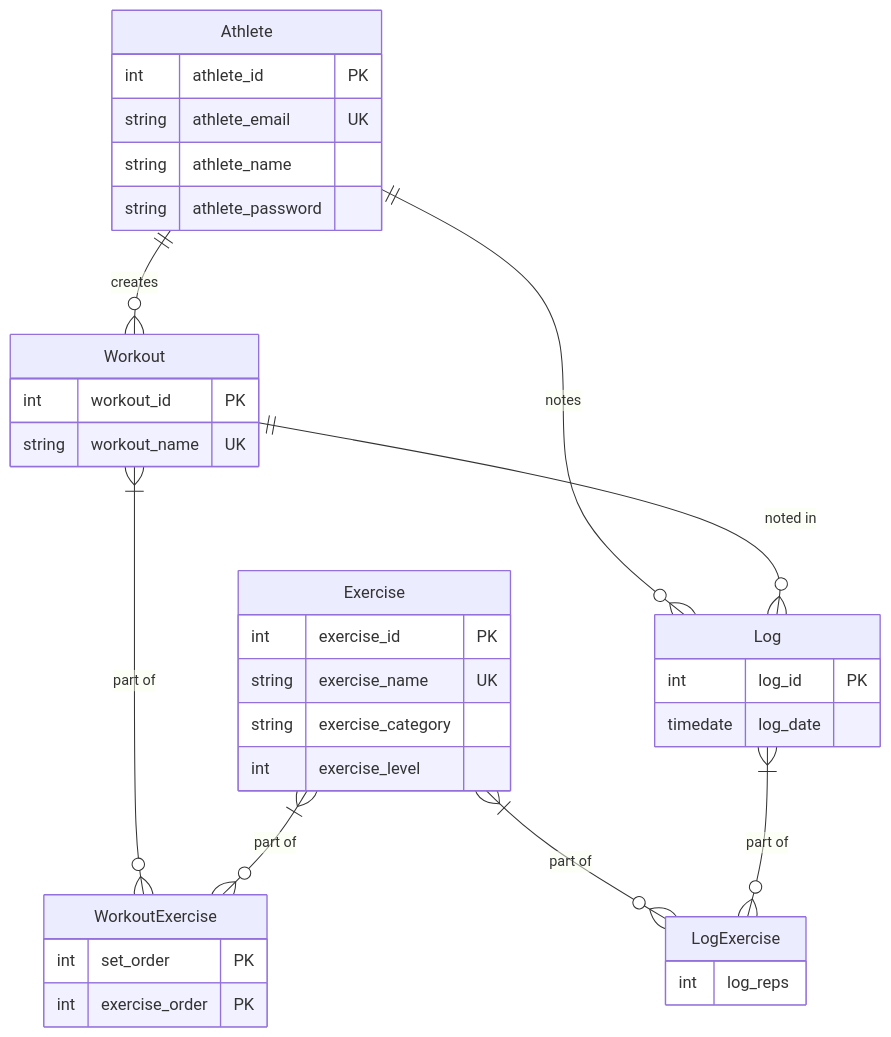
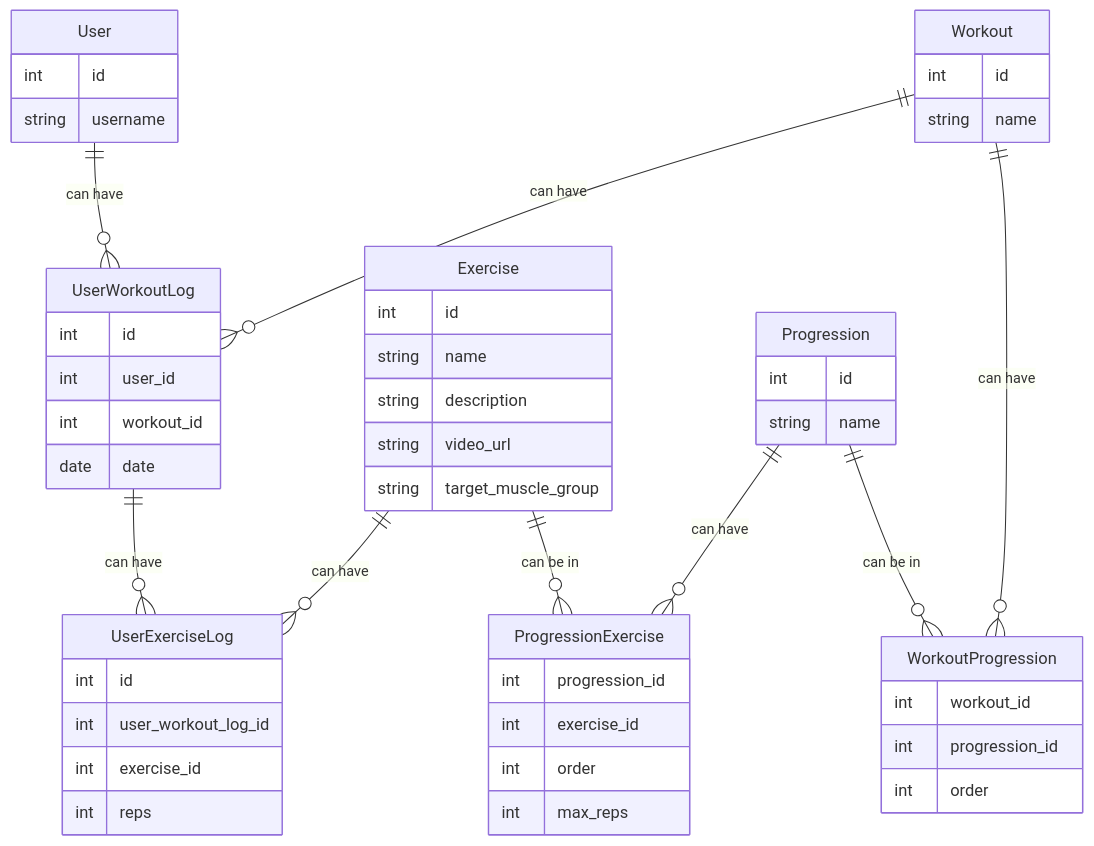
One commit to ITJohan/hiit-calisthenics changed the diagram in README.md. Above: the diagram before and after it, drawn with Mermaid. The commit also changed 22 other files, not shown here.

````diff
--- a/README.md
+++ b/README.md
@@ -7,39 +7,62 @@
 ```mermaid
-erDiagram
-  Athlete {
-    int athlete_id PK
-    string athlete_email UK
-    string athlete_name
-    string athlete_password
-  }
-  Workout {
-    int workout_id PK
-    string workout_name UK
-  }
-  Athlete ||--o{ Workout : "creates"
+    erDiagram
 
-  Exercise {
-    int exercise_id PK
-    string exercise_name UK
-    string exercise_category
-    int exercise_level
-  }
-  WorkoutExercise {
-    int set_order PK
-    int exercise_order PK
-  }
-  Workout }|--o{ WorkoutExercise : "part of"
-  Exercise }|--o{ WorkoutExercise : "part of"
+    Exercise {
+        int id
+        string name
+        string description
+        string video_url
+        string target_muscle_group
+    }
 
-  Log {
-    int log_id PK
-    timedate log_date
-  }
-  LogExercise {
-    int log_reps
-  }
-  Athlete ||--o{ Log : "notes"
-  Workout ||--o{ Log : "noted in"
-  Exercise }|--o{ LogExercise : "part of"
-  Log }|--o{ LogExercise : "part of"
+    Progression {
+        int id
+        string name
+    }
+
+    ProgressionExercise {
+        int progression_id
+        int exercise_id
+        int order
+        int max_reps
+    }
+
+    Workout {
+        int id
+        string name
+    }
+
+    WorkoutProgression {
+        int workout_id
+        int progression_id
+        int order
+    }
+
+    User {
+        int id
+        string username
+    }
+
+    UserWorkoutLog {
+        int id
+        int user_id
+        int workout_id
+        date date
+    }
+
+    UserExerciseLog {
+        int id
+        int user_workout_log_id
+        int exercise_id
+        int reps
+    }
+
+    Exercise ||--o{ ProgressionExercise : "can be in"
+    Progression ||--o{ ProgressionExercise : "can have"
+    Progression ||--o{ WorkoutProgression : "can be in"
+    Workout ||--o{ WorkoutProgression : "can have"
+    User ||--o{ UserWorkoutLog : "can have"
+    Workout ||--o{ UserWorkoutLog : "can have"
+    UserWorkoutLog ||--o{ UserExerciseLog : "can have"
+    Exercise ||--o{ UserExerciseLog : "can have"
 ```
````
